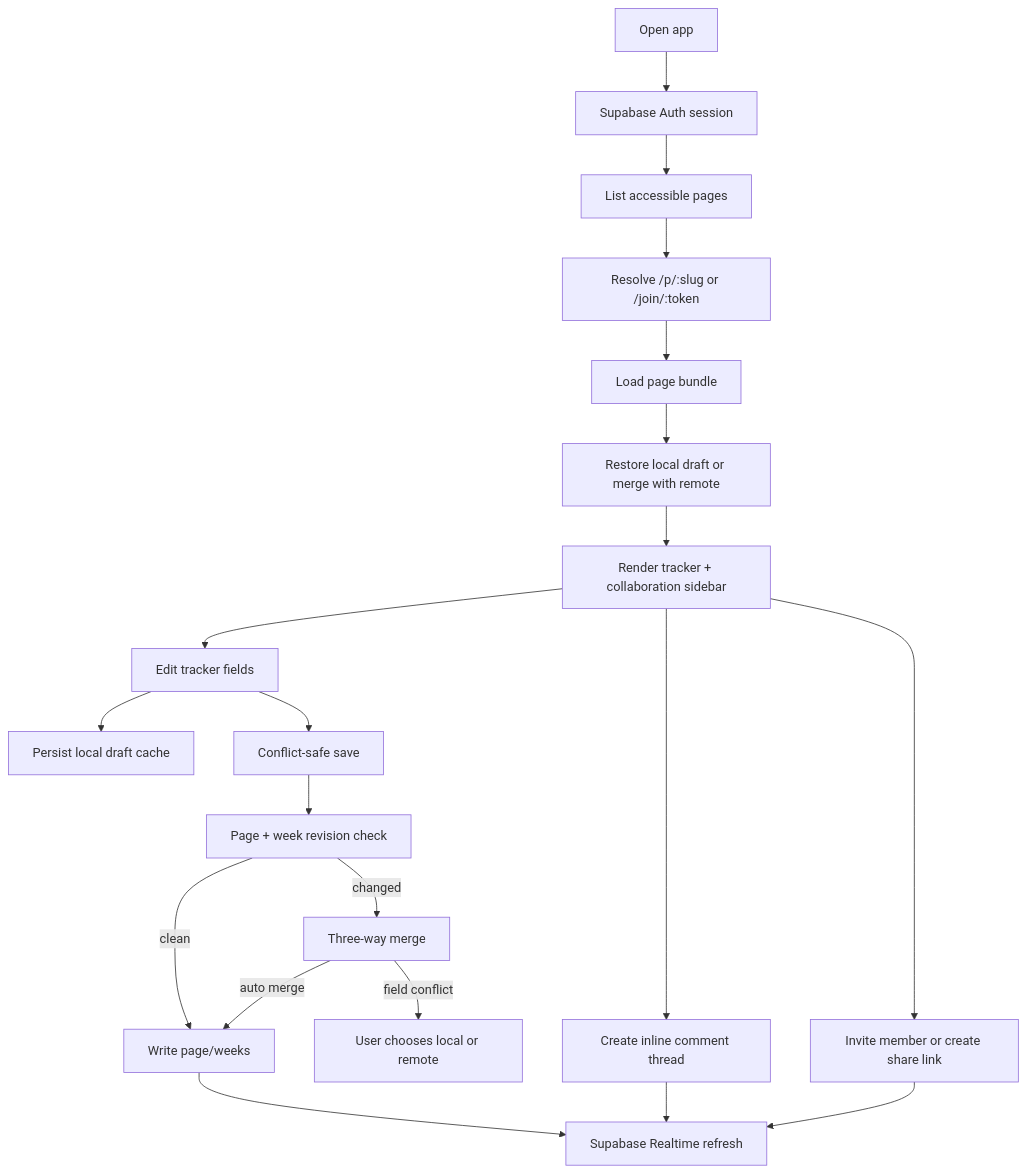
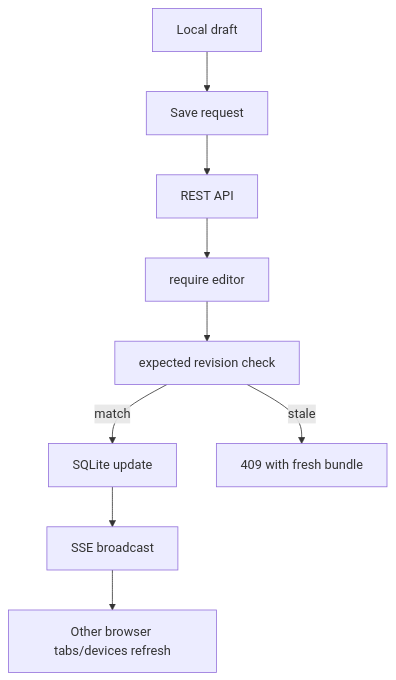
One commit to ZepinLi/mission_tracker changed the second of 2 diagrams in docs/collaboration-pipeline.md. Above: the diagram before and after it, drawn with Mermaid. The commit also changed other lines of this file and 24 other files, not shown here.

````diff
--- a/docs/collaboration-pipeline.md
+++ b/docs/collaboration-pipeline.md
@@ -17,22 +47,11 @@
 ```mermaid
 flowchart TD
-  Load["Open app"] --> Auth["Supabase Auth session"]
-  Auth --> Pages["List accessible pages"]
-  Pages --> Route["Resolve /p/:slug or /join/:token"]
-  Route --> Bundle["Load page bundle"]
-  Bundle --> Draft["Restore local draft or merge with remote"]
-  Draft --> Render["Render tracker + collaboration sidebar"]
-  Render --> Edit["Edit tracker fields"]
-  Render --> Comment["Create inline comment thread"]
-  Render --> Share["Invite member or create share link"]
-  Edit --> Cache["Persist local draft cache"]
-  Edit --> Save["Conflict-safe save"]
-  Save --> Revisions["Page + week revision check"]
-  Revisions -->|"clean"| CloudWrite["Write page/weeks"]
-  Revisions -->|"changed"| Merge["Three-way merge"]
-  Merge -->|"auto merge"| CloudWrite
-  Merge -->|"field conflict"| Choice["User chooses local or remote"]
-  Comment --> Realtime["Supabase Realtime refresh"]
-  Share --> Realtime
-  CloudWrite --> Realtime
+  Draft["Local draft"] --> Save["Save request"]
+  Save --> Api["REST API"]
+  Api --> Permission["require editor"]
+  Permission --> Revision["expected revision check"]
+  Revision -->|"match"| Write["SQLite update"]
+  Revision -->|"stale"| Conflict["409 with fresh bundle"]
+  Write --> Broadcast["SSE broadcast"]
+  Broadcast --> Peers["Other browser tabs/devices refresh"]
 ```
````
